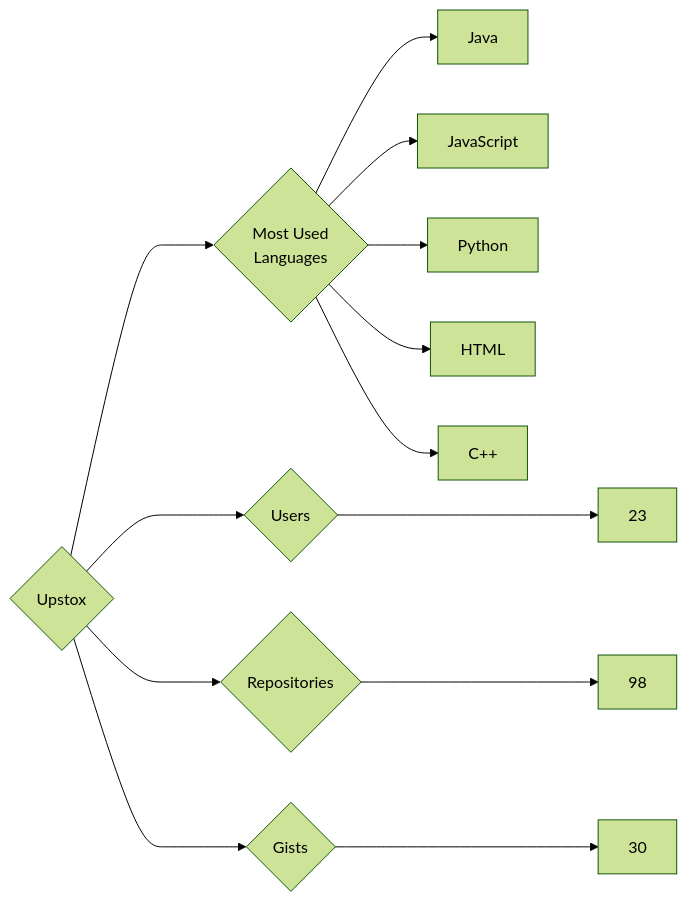
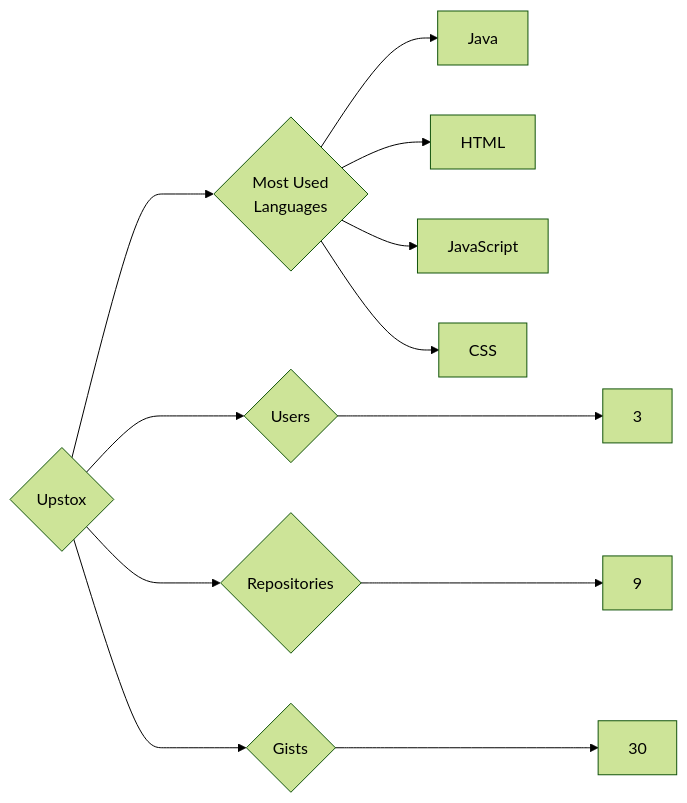
Before and after one commit to trickest/insiders: the diagram in targets/Upstox/README.md, drawn with Mermaid (forest theme). The commit also changed 677 other files, not shown here.

````diff
--- a/targets/Upstox/README.md
+++ b/targets/Upstox/README.md
@@ -3,13 +3,12 @@
 ```mermaid
 graph LR
 COMPANY_NAME{Upstox}
-COMPANY_NAME ---> U{Users} ---> UN[23]
-COMPANY_NAME ---> R{Repositories} ---> RN[98]
+COMPANY_NAME ---> U{Users} ---> UN[3]
+COMPANY_NAME ---> R{Repositories} ---> RN[9]
 COMPANY_NAME ---> G{Gists} ---> GN[30]
 COMPANY_NAME ---> ML{Most Used<br>Languages}
 ML --> Java[Java]
+ML --> HTML[HTML]
 ML --> JavaScript[JavaScript]
-ML --> Python[Python]
-ML --> HTML[HTML]
-ML --> C++[C++]
+ML --> CSS[CSS]
 ```
````
